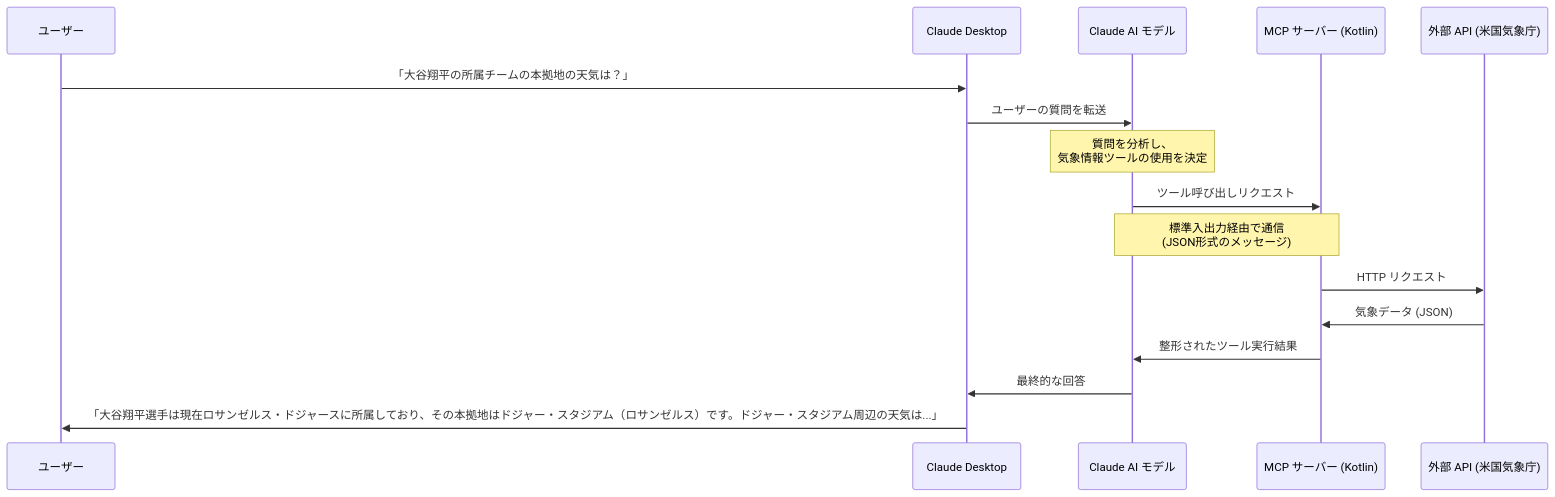
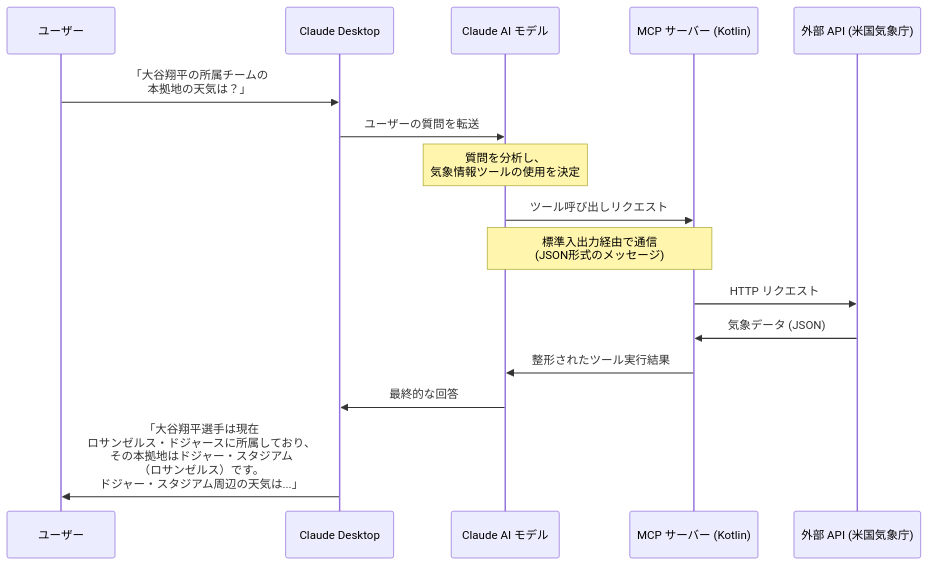
The diagram in README.md (k-negishi/kotlin-mcp-quickstart), drawn with Mermaid before and after one commit.

Commit message:
Update README to improve formatting of user queries related to Shohei Ohtani's team

````diff
--- a/README.md
+++ b/README.md
@@ -18,24 +18,24 @@
 ```mermaid
 sequenceDiagram
     participant User as ユーザー
     participant CD as Claude Desktop
     participant Claude as Claude AI モデル
     participant MCP as MCP サーバー (Kotlin)
     participant API as 外部 API (米国気象庁)
     
-    User->>CD: 「大谷翔平の所属チームの本拠地の天気は？」
+    User->>CD: 「大谷翔平の所属チームの<br/>本拠地の天気は？」
     CD->>Claude: ユーザーの質問を転送
     
     Note over Claude: 質問を分析し、<br/>気象情報ツールの使用を決定
     
     Claude->>MCP: ツール呼び出しリクエスト
     Note over Claude,MCP: 標準入出力経由で通信<br/>(JSON形式のメッセージ)
     
     MCP->>API: HTTP リクエスト
     API->>MCP: 気象データ (JSON)
     
     MCP->>Claude: 整形されたツール実行結果
     
     Claude->>CD: 最終的な回答
-    CD->>User: 「大谷翔平選手は現在ロサンゼルス・ドジャースに所属しており、その本拠地はドジャー・スタジアム（ロサンゼルス）です。ドジャー・スタジアム周辺の天気は...」
+    CD->>User: 「大谷翔平選手は現在<br/>ロサンゼルス・ドジャースに所属しており、<br/>その本拠地はドジャー・スタジアム<br/>（ロサンゼルス）です。<br/>ドジャー・スタジアム周辺の天気は...」
 ```
````
